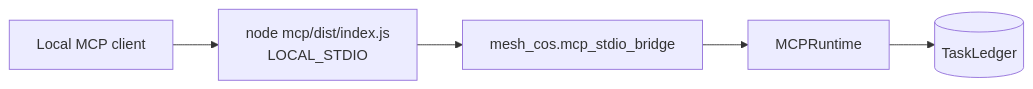
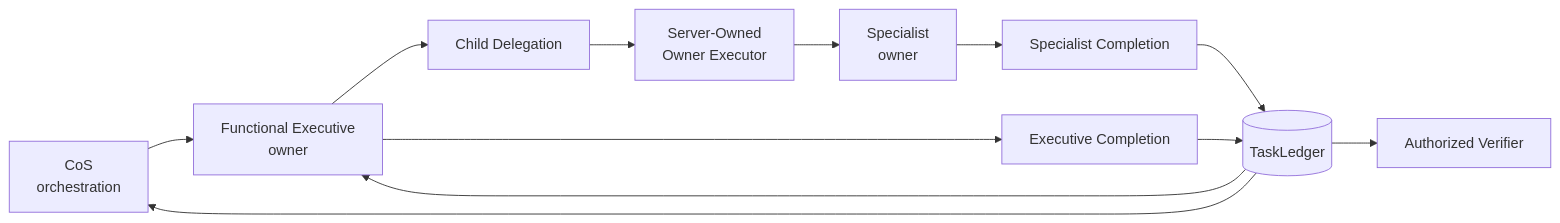
The fourth of 6 diagrams in docs/architecture.md (mkleinbe/mesh-ai-agent-cos-universe), drawn with Mermaid before and after one commit. The commit also changed other lines of this file, not shown here.

Commit message:
docs: integrate identity-aware delegated owner architecture

````diff
--- a/docs/architecture.md
+++ b/docs/architecture.md
@@ -83,7 +101,14 @@
 ```mermaid
 flowchart LR
-    CLIENT[Local MCP client] --> NODE[node mcp/dist/index.js\nLOCAL_STDIO]
-    NODE --> BRIDGE[mesh_cos.mcp_stdio_bridge]
-    BRIDGE --> RT[MCPRuntime]
-    RT --> L[(TaskLedger)]
+    C[CoS\norchestration] --> F[Functional Executive\nowner]
+    F --> D[Child Delegation]
+    D --> X[Server-Owned\nOwner Executor]
+    X --> S[Specialist\nowner]
+    S --> SC[Specialist Completion]
+    SC --> TL[(TaskLedger)]
+    TL --> F
+    F --> FC[Executive Completion]
+    FC --> TL
+    TL --> C
+    TL --> V[Authorized Verifier]
 ```
````
